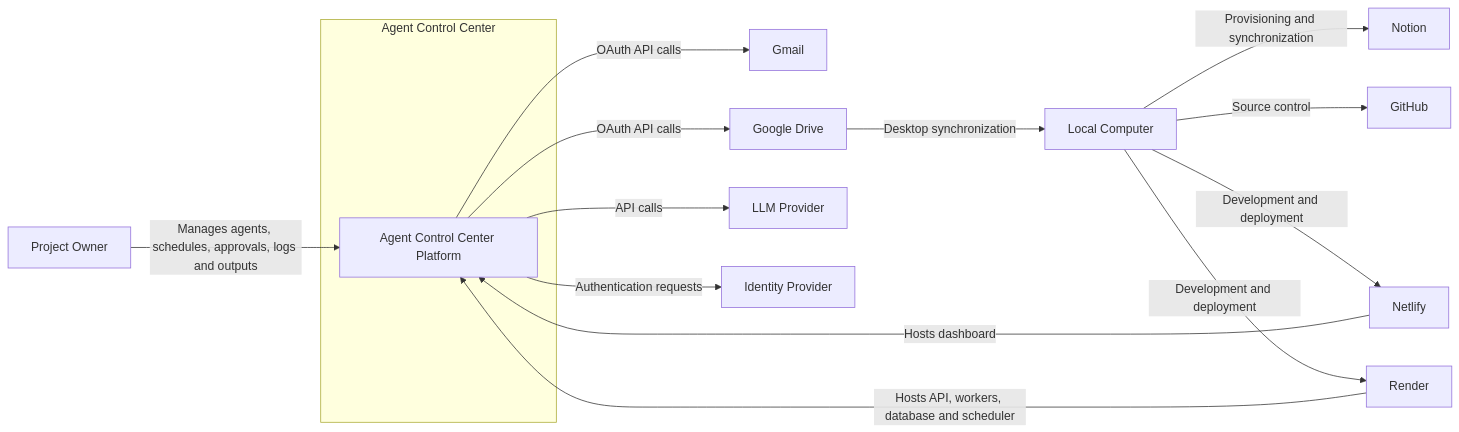
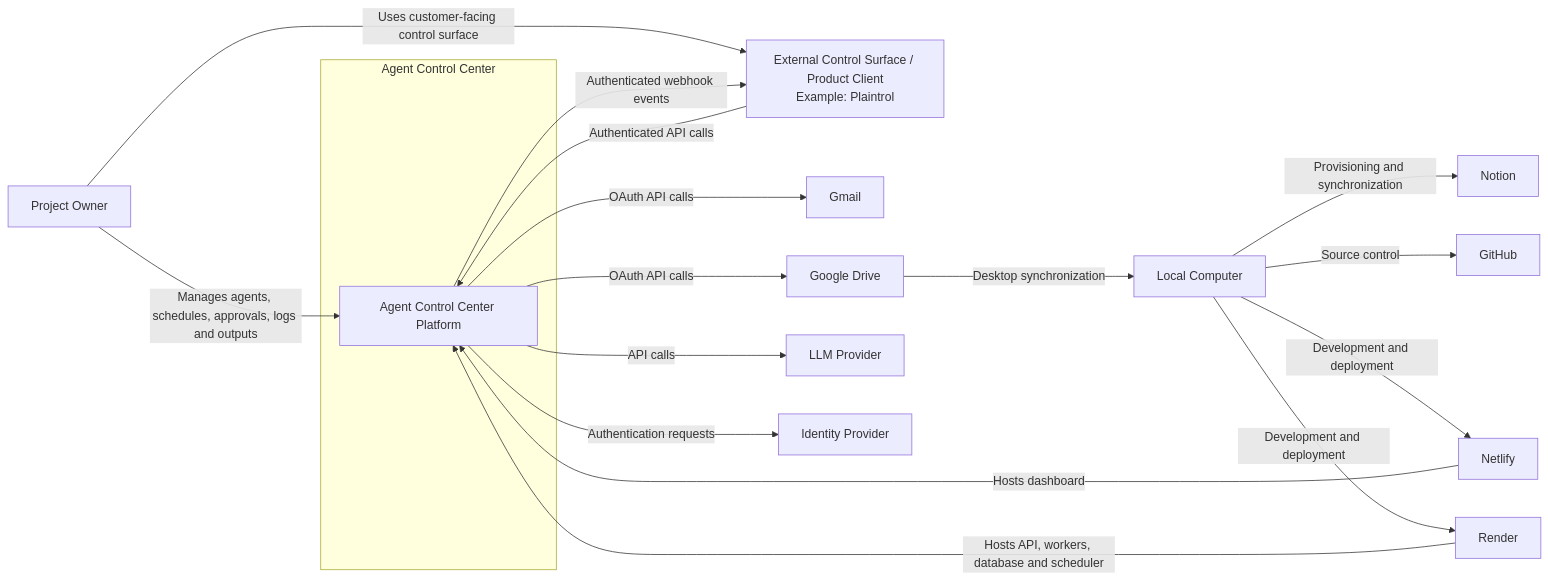
One commit to vasudevap/agent-control-center changed the diagram in docs/architecture/03-system-context.md. Above: the diagram before and after it, drawn with Mermaid. The commit also changed other lines of this file and 17 other files, not shown here.

Commit message:
Define governed external product client contract

````diff
--- a/docs/architecture/03-system-context.md
+++ b/docs/architecture/03-system-context.md
@@ -312,34 +334,38 @@
 ```mermaid
 flowchart LR
     Owner[Project Owner]
+    ProductClient[External Control Surface / Product Client\nExample: Plaintrol]
 
     subgraph ACC[Agent Control Center]
         Platform[Agent Control Center Platform]
     end
 
     Gmail[Gmail]
     Drive[Google Drive]
     Notion[Notion]
     LLM[LLM Provider]
     IdP[Identity Provider]
     GitHub[GitHub]
     Netlify[Netlify]
     Render[Render]
     Local[Local Computer]
 
     Owner -->|Manages agents, schedules, approvals, logs and outputs| Platform
+    Owner -->|Uses customer-facing control surface| ProductClient
+    ProductClient -->|Authenticated API calls| Platform
+    Platform -->|Authenticated webhook events| ProductClient
 
     Platform -->|OAuth API calls| Gmail
     Platform -->|OAuth API calls| Drive
     Platform -->|API calls| LLM
     Platform -->|Authentication requests| IdP
 
     Local -->|Provisioning and synchronization| Notion
     Local -->|Source control| GitHub
     Local -->|Development and deployment| Netlify
     Local -->|Development and deployment| Render
 
     Netlify -->|Hosts dashboard| Platform
     Render -->|Hosts API, workers, database and scheduler| Platform
     Drive -->|Desktop synchronization| Local
 ```
````
